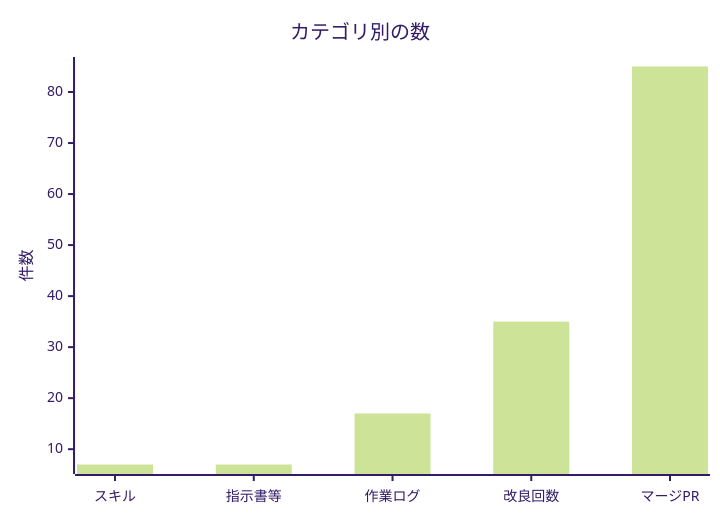
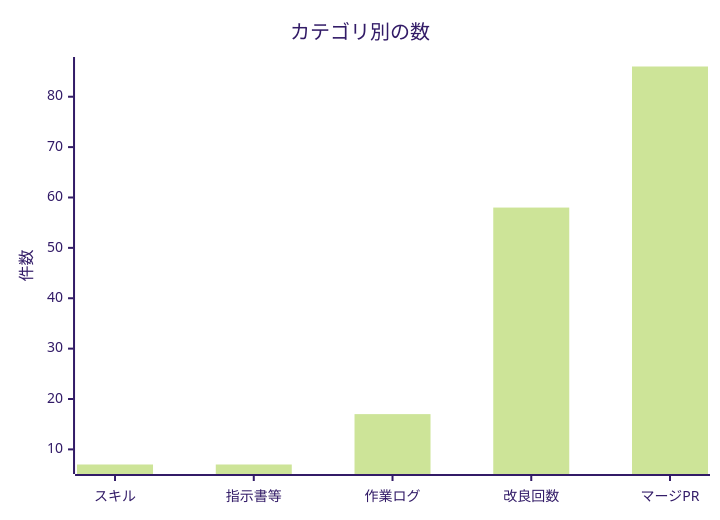
One commit to non-x2/non-x2 changed the second of 2 diagrams in docs/進化レポート.md. Above: the diagram before and after it, drawn with Mermaid (forest theme). The commit also changed other lines of this file and 11 other files, not shown here.

````diff
--- a/docs/進化レポート.md
+++ b/docs/進化レポート.md
@@ -33,7 +33,7 @@
 ```mermaid
 xychart-beta
     title "カテゴリ別の数"
     x-axis ["スキル", "指示書等", "作業ログ", "改良回数", "マージPR"]
     y-axis "件数"
-    bar [7, 7, 17, 35, 85]
+    bar [7, 7, 17, 58, 86]
 ```
````
